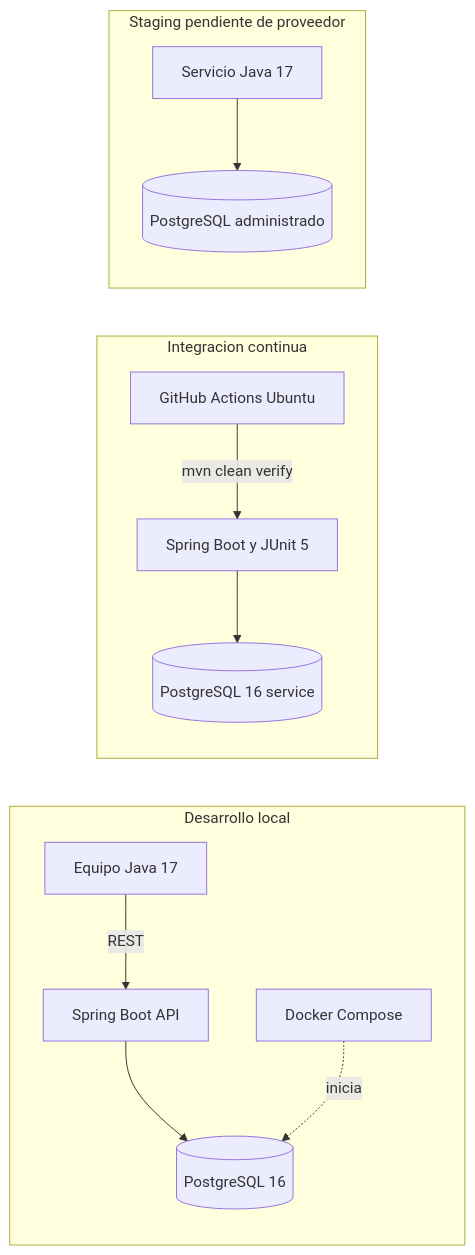
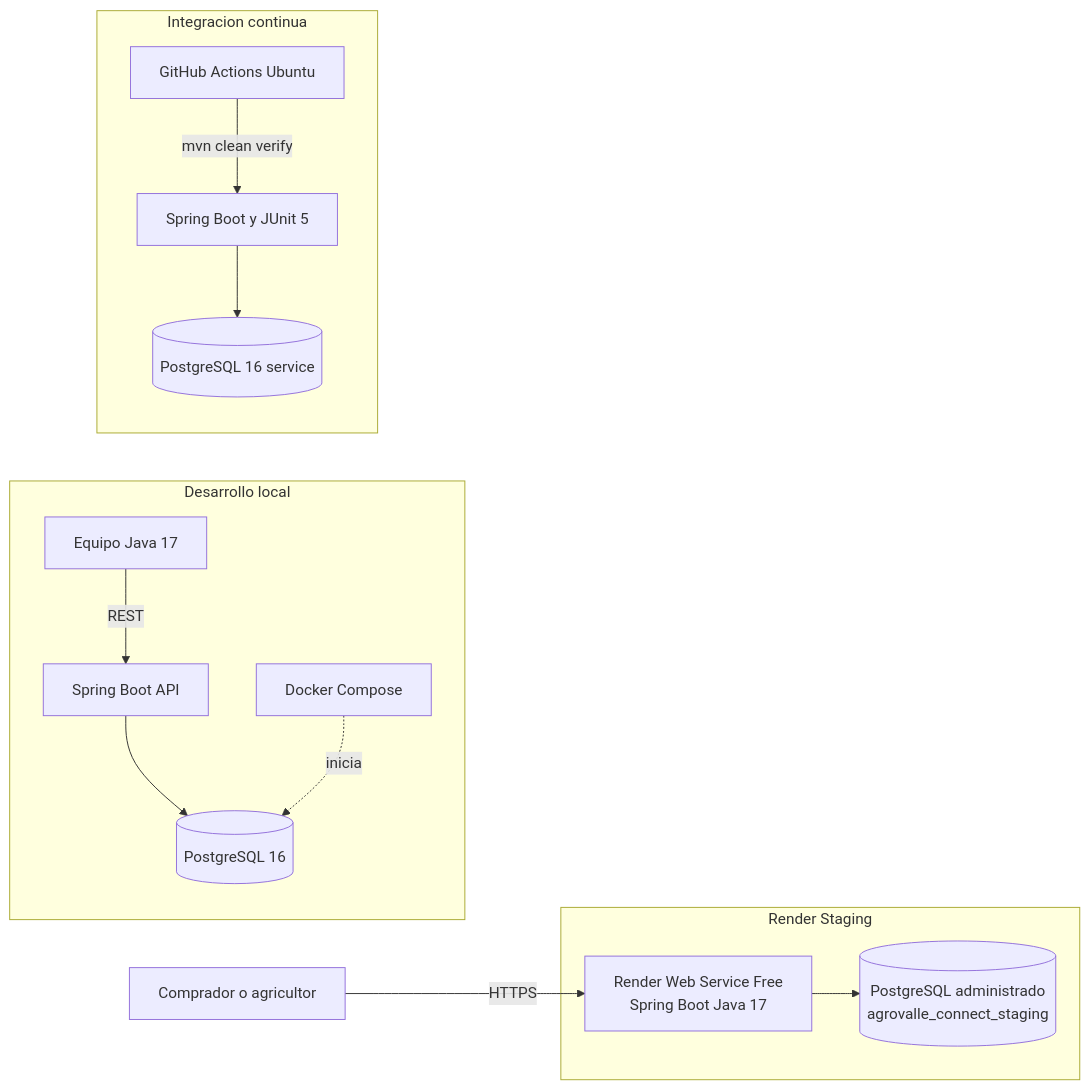
Before and after one commit to santixit/agrovalle-connect: the eighth of 8 diagrams in docs/uml/README.md, drawn with Mermaid. The commit also changed other lines of this file and 2 other files, not shown here.

Commit message:
docs: close first cut documentation gaps

````diff
--- a/docs/uml/README.md
+++ b/docs/uml/README.md
@@ -274,22 +274,23 @@
 ```mermaid
 flowchart LR
   subgraph Desarrollo local
     Dev[Equipo Java 17]
     Compose[Docker Compose]
     LocalDB[(PostgreSQL 16)]
     Dev -->|REST| AppLocal[Spring Boot API]
     AppLocal --> LocalDB
     Compose -. inicia .-> LocalDB
   end
   subgraph Integracion continua
     Runner[GitHub Actions Ubuntu]
     CiDB[(PostgreSQL 16 service)]
     Runner -->|mvn clean verify| AppTest[Spring Boot y JUnit 5]
     AppTest --> CiDB
   end
-  subgraph Staging pendiente de proveedor
-    Stage[Servicio Java 17]
-    StageDB[(PostgreSQL administrado)]
+  subgraph Render Staging
+    Stage[Render Web Service Free<br/>Spring Boot Java 17]
+    StageDB[(PostgreSQL administrado<br/>agrovalle_connect_staging)]
     Stage --> StageDB
   end
+  Browser[Comprador o agricultor] -->|HTTPS| Stage
 ```
````
